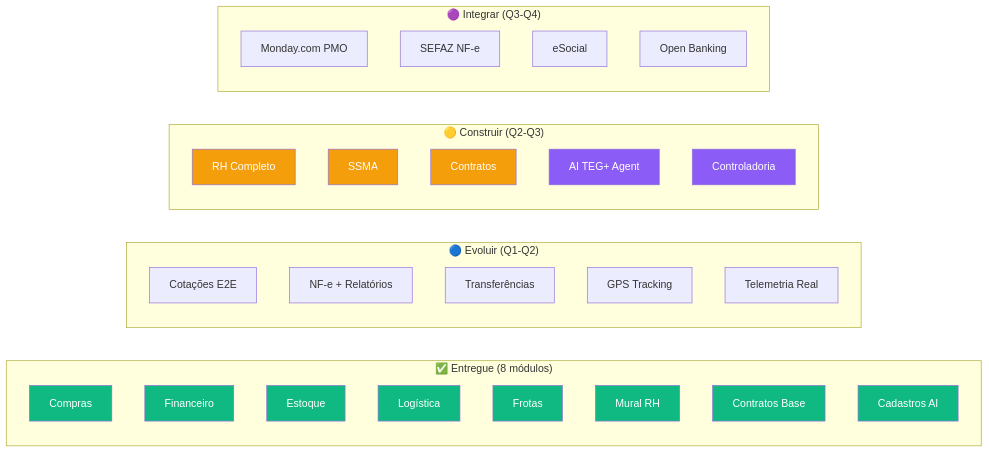
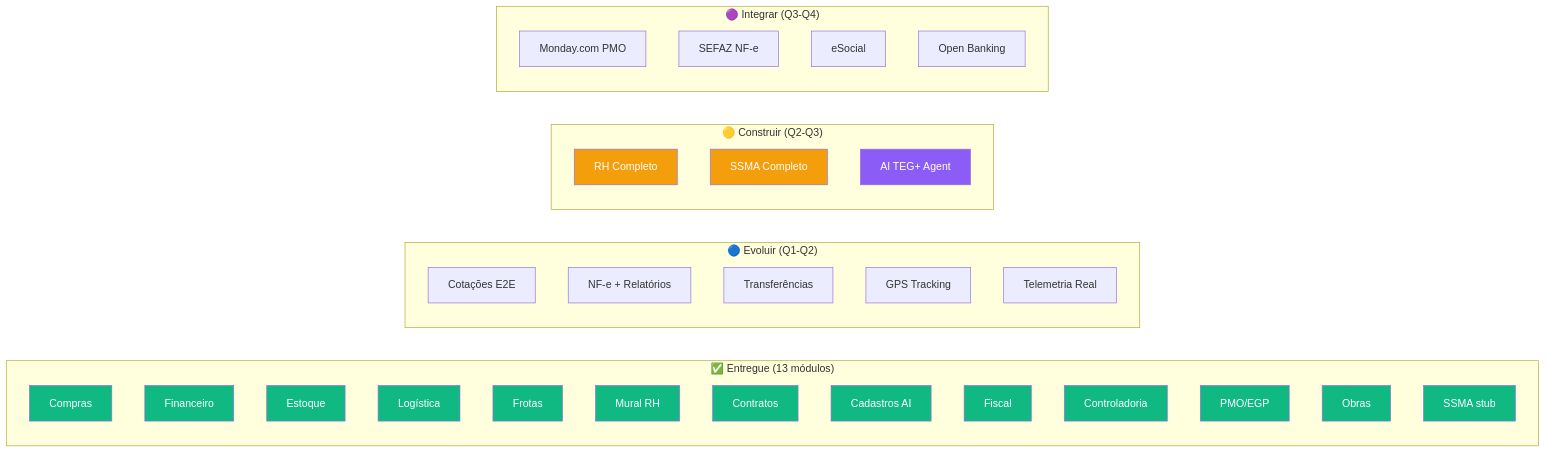
The first of 3 diagrams in docs/obsidian/17 - Roadmap.md (leandroteg/teg-plus), drawn with Mermaid before and after one commit. The commit also changed other lines of this file and 9 other files, not shown here.

First line of the commit message:
docs(obsidian): atualizar vault completo — 13 módulos, 5 docs novos, issues encerradas

````diff
--- a/docs/obsidian/17 - Roadmap.md
+++ b/docs/obsidian/17 - Roadmap.md
@@ -20,50 +20,56 @@
 ```mermaid
 graph LR
-    subgraph ENTREGUE["✅ Entregue (8 módulos)"]
+    subgraph ENTREGUE["✅ Entregue (13 módulos)"]
         C[Compras]
         F[Financeiro]
         E[Estoque]
         L[Logística]
         FR[Frotas]
         MU[Mural RH]
-        CT2[Contratos Base]
+        CT2[Contratos]
         CAD[Cadastros AI]
+        FIS[Fiscal]
+        CTRL[Controladoria]
+        PMO[PMO/EGP]
+        OBR[Obras]
+        SSMA_S[SSMA stub]
     end
 
     subgraph EVOLUIR["🔵 Evoluir (Q1-Q2)"]
         C2[Cotações E2E]
         F2[NF-e + Relatórios]
         E2[Transferências]
         L2[GPS Tracking]
         FR2[Telemetria Real]
     end
 
     subgraph CONSTRUIR["🟡 Construir (Q2-Q3)"]
         RH[RH Completo]
-        SS[SSMA]
-        CT[Contratos]
+        SS[SSMA Completo]
         AI[AI TEG+ Agent]
-        CO[Controladoria]
     end
 
     subgraph INTEGRAR["🟣 Integrar (Q3-Q4)"]
         MON[Monday.com PMO]
         SEF[SEFAZ NF-e]
         ESO[eSocial]
         OB[Open Banking]
     end
 
     style C fill:#10B981,color:#fff
     style F fill:#10B981,color:#fff
     style E fill:#10B981,color:#fff
     style L fill:#10B981,color:#fff
     style FR fill:#10B981,color:#fff
     style MU fill:#10B981,color:#fff
     style CT2 fill:#10B981,color:#fff
     style CAD fill:#10B981,color:#fff
+    style FIS fill:#10B981,color:#fff
+    style CTRL fill:#10B981,color:#fff
+    style PMO fill:#10B981,color:#fff
+    style OBR fill:#10B981,color:#fff
+    style SSMA_S fill:#10B981,color:#fff
     style RH fill:#F59E0B,color:#fff
     style SS fill:#F59E0B,color:#fff
-    style CT fill:#F59E0B,color:#fff
     style AI fill:#8B5CF6,color:#fff
-    style CO fill:#8B5CF6,color:#fff
 ```
````
